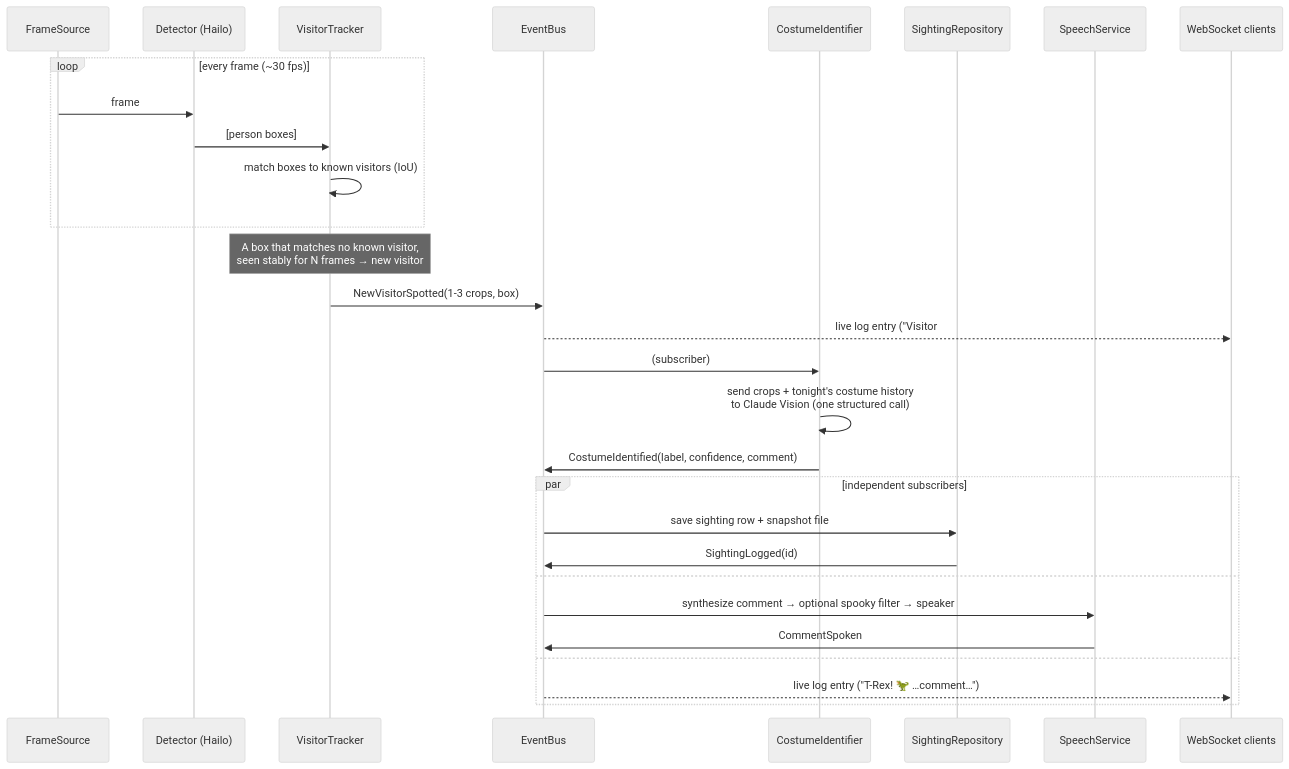
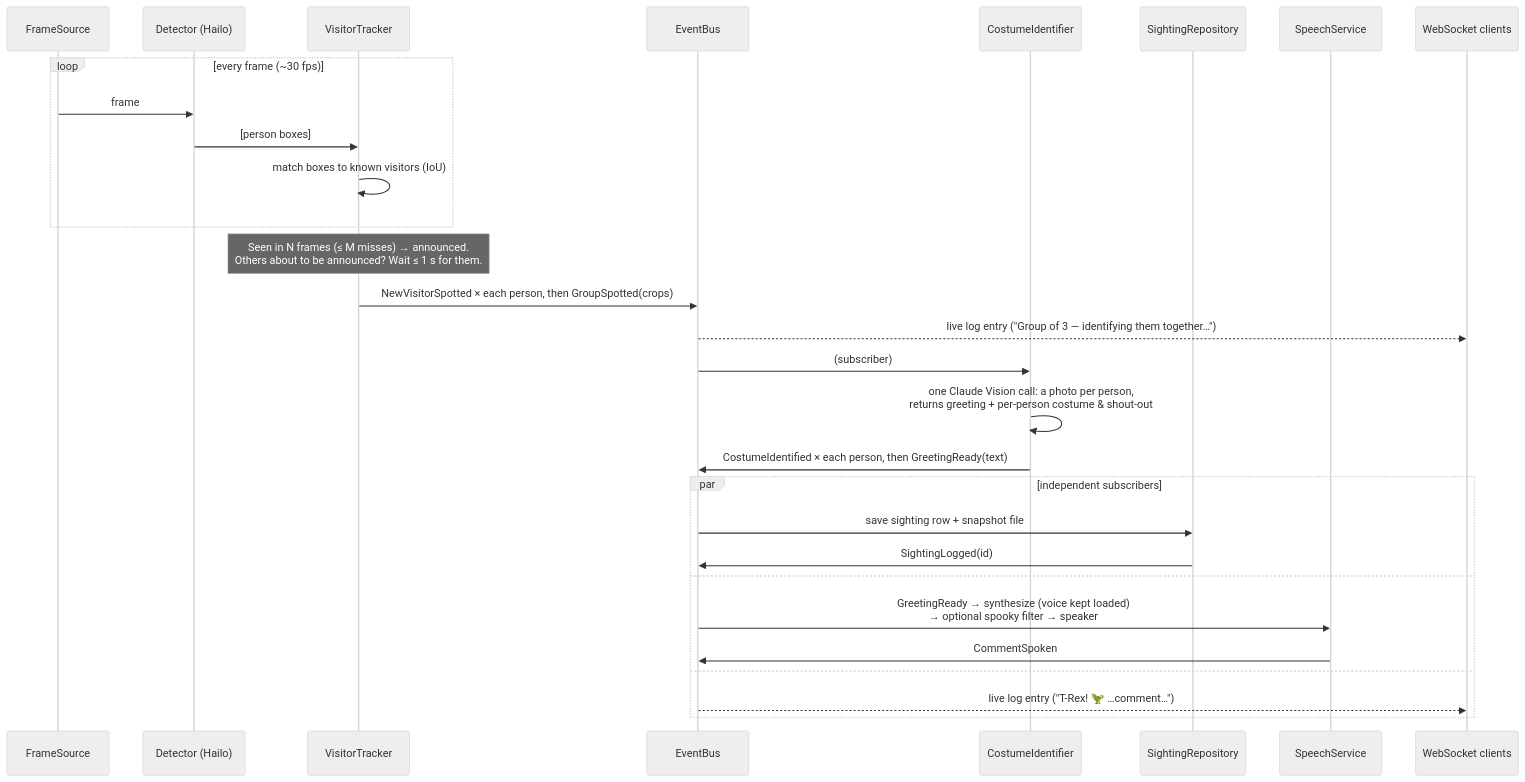
The second of 5 diagrams in docs/architecture.md (rwaggoner/pi-costume-spotter), drawn with Mermaid (neutral theme) before and after one commit. The commit also changed other lines of this file and 26 other files, not shown here.

````diff
--- a/docs/architecture.md
+++ b/docs/architecture.md
@@ -73,32 +78,32 @@
 ```mermaid
 sequenceDiagram
     participant Cam as FrameSource
     participant Det as Detector (Hailo)
     participant Trk as VisitorTracker
     participant Bus as EventBus
     participant Vis as CostumeIdentifier
     participant Sto as SightingRepository
     participant Spk as SpeechService
     participant WS as WebSocket clients
 
     loop every frame (~30 fps)
         Cam->>Det: frame
         Det->>Trk: [person boxes]
         Trk->>Trk: match boxes to known visitors (IoU)
     end
-    Note over Trk: A box that matches no known visitor,<br/>seen stably for N frames → new visitor
-    Trk->>Bus: NewVisitorSpotted(1-3 crops, box)
-    Bus-->>WS: live log entry ("Visitor #17 spotted")
+    Note over Trk: Seen in N frames (≤ M misses) → announced.<br/>Others about to be announced? Wait ≤ 1 s for them.
+    Trk->>Bus: NewVisitorSpotted × each person, then GroupSpotted(crops)
+    Bus-->>WS: live log entry ("Group of 3 — identifying them together…")
     Bus->>Vis: (subscriber)
-    Vis->>Vis: send crops + tonight's costume history<br/>to Claude Vision (one structured call)
-    Vis->>Bus: CostumeIdentified(label, confidence, comment)
+    Vis->>Vis: one Claude Vision call: a photo per person,<br/>returns greeting + per-person costume & shout-out
+    Vis->>Bus: CostumeIdentified × each person, then GreetingReady(text)
     par independent subscribers
         Bus->>Sto: save sighting row + snapshot file
         Sto->>Bus: SightingLogged(id)
     and
-        Bus->>Spk: synthesize comment → optional spooky filter → speaker
+        Bus->>Spk: GreetingReady → synthesize (voice kept loaded)<br/>→ optional spooky filter → speaker
         Spk->>Bus: CommentSpoken
     and
         Bus-->>WS: live log entry ("T-Rex! 🦖 …comment…")
     end
 ```
````
